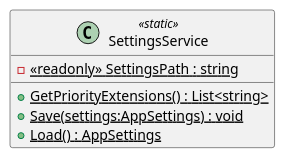
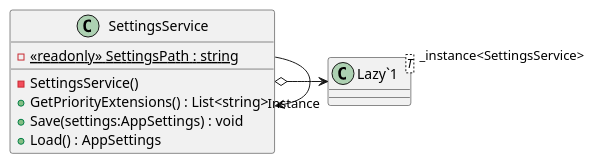
One commit to ArtyBrg/EasySave changed the diagram in EASYSAVE_V3_0/UML Diagrams/diagrams/Class_diagrams_V3_0/Services/SettingsService.puml. Above: the diagram before and after it, drawn with PlantUML. The commit also changed 137 other files, not shown here.

Commit message:
Change some comments and the class diagram

```diff
--- a/EASYSAVE_V3_0/UML Diagrams/diagrams/Class_diagrams_V3_0/Services/SettingsService.puml
+++ b/EASYSAVE_V3_0/UML Diagrams/diagrams/Class_diagrams_V3_0/Services/SettingsService.puml
@@ -1,8 +1,13 @@
 @startuml
-class SettingsService <<static>> {
+class SettingsService {
     - {static} <<readonly>> SettingsPath : string
-    + {static} GetPriorityExtensions() : List<string>
-    + {static} Save(settings:AppSettings) : void
-    + {static} Load() : AppSettings
+    - SettingsService()
+    + GetPriorityExtensions() : List<string>
+    + Save(settings:AppSettings) : void
+    + Load() : AppSettings
 }
+class "Lazy`1"<T> {
+}
+SettingsService o-> "_instance<SettingsService>" "Lazy`1"
+SettingsService --> "Instance" SettingsService
 @enduml
```
